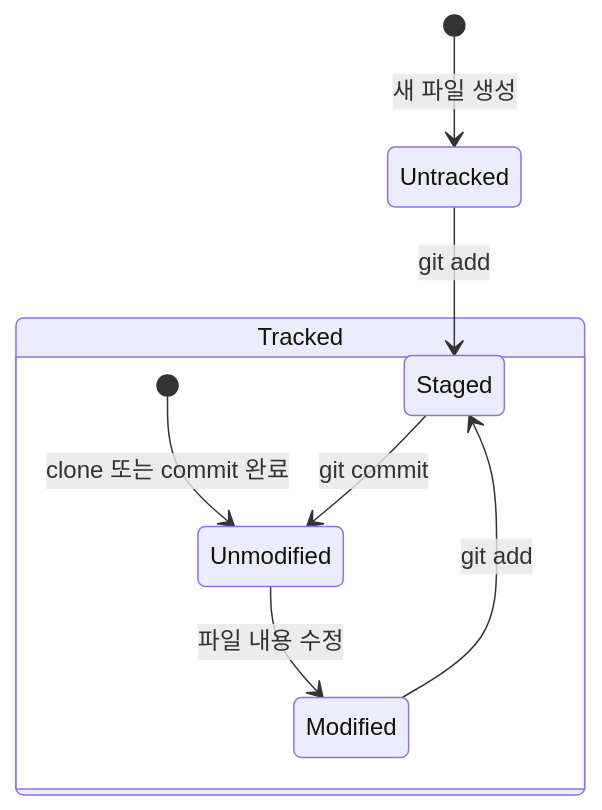
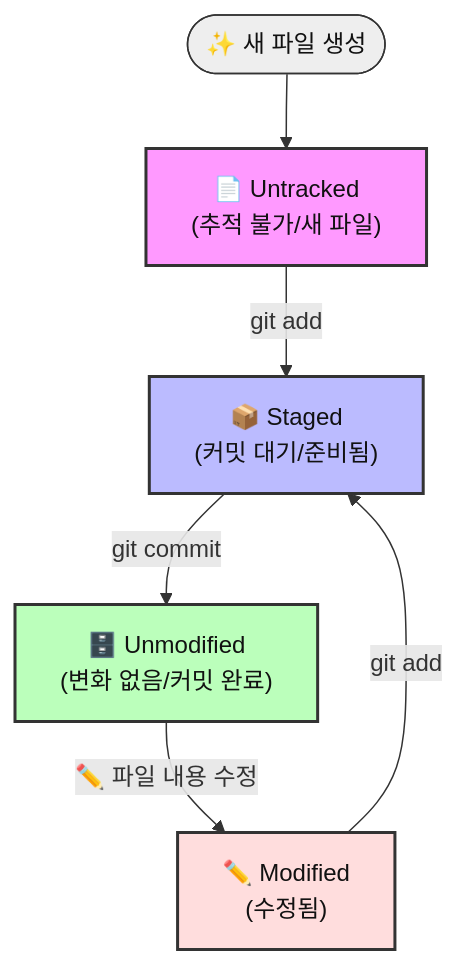
The second of 3 diagrams in git_github_tutorial.md (dandoc/git-github-tutorial), drawn with Mermaid before and after one commit. The commit also changed other lines of this file, not shown here.

Commit message:
docs: 튜토리얼 문서 파일 라이프사이클 다이어그램 흐름도 구조로 개선 및 스타일링 적용

````diff
--- a/git_github_tutorial.md
+++ b/git_github_tutorial.md
@@ -58,12 +58,15 @@
 ```mermaid
-stateDiagram-v2
-    [*] --> Untracked : 새 파일 생성
-    Untracked --> Staged : git add
+flowchart TD
+    Start(["✨ 새 파일 생성"]) --> Untracked["📄 Untracked<br>(추적 불가/새 파일)"]
+    Untracked -- "git add" --> Staged["📦 Staged<br>(커밋 대기/준비됨)"]
     
-    state Tracked {
-        [*] --> Unmodified : clone 또는 commit 완료
-        Unmodified --> Modified : 파일 내용 수정
-        Modified --> Staged : git add
-        Staged --> Unmodified : git commit
-    }
+    Unmodified["🗄️ Unmodified<br>(변화 없음/커밋 완료)"] -- "✏️ 파일 내용 수정" --> Modified["✏️ Modified<br>(수정됨)"]
+    Modified -- "git add" --> Staged
+    Staged -- "git commit" --> Unmodified
+    
+    style Start fill:#eee,stroke:#333,stroke-width:1px,color:#111111
+    style Untracked fill:#f9f,stroke:#333,stroke-width:2px,color:#111111
+    style Staged fill:#bbf,stroke:#333,stroke-width:2px,color:#111111
+    style Unmodified fill:#bfb,stroke:#333,stroke-width:2px,color:#111111
+    style Modified fill:#fdd,stroke:#333,stroke-width:2px,color:#111111
 ```
````
